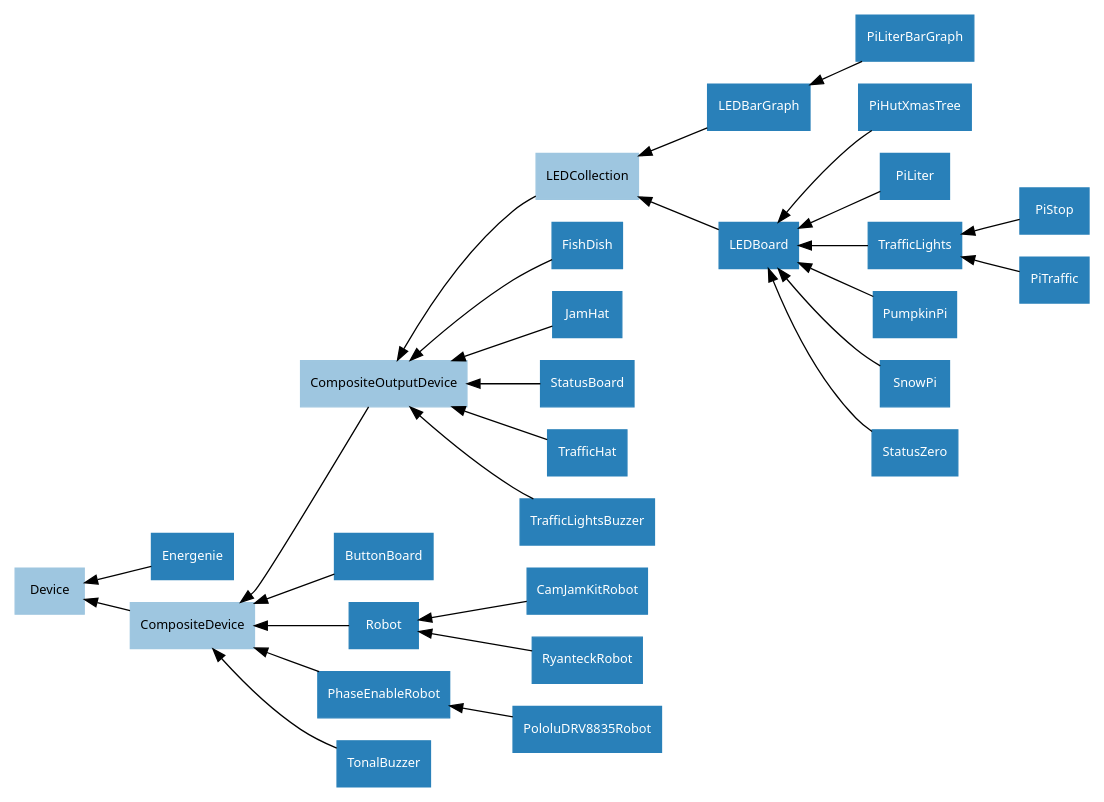
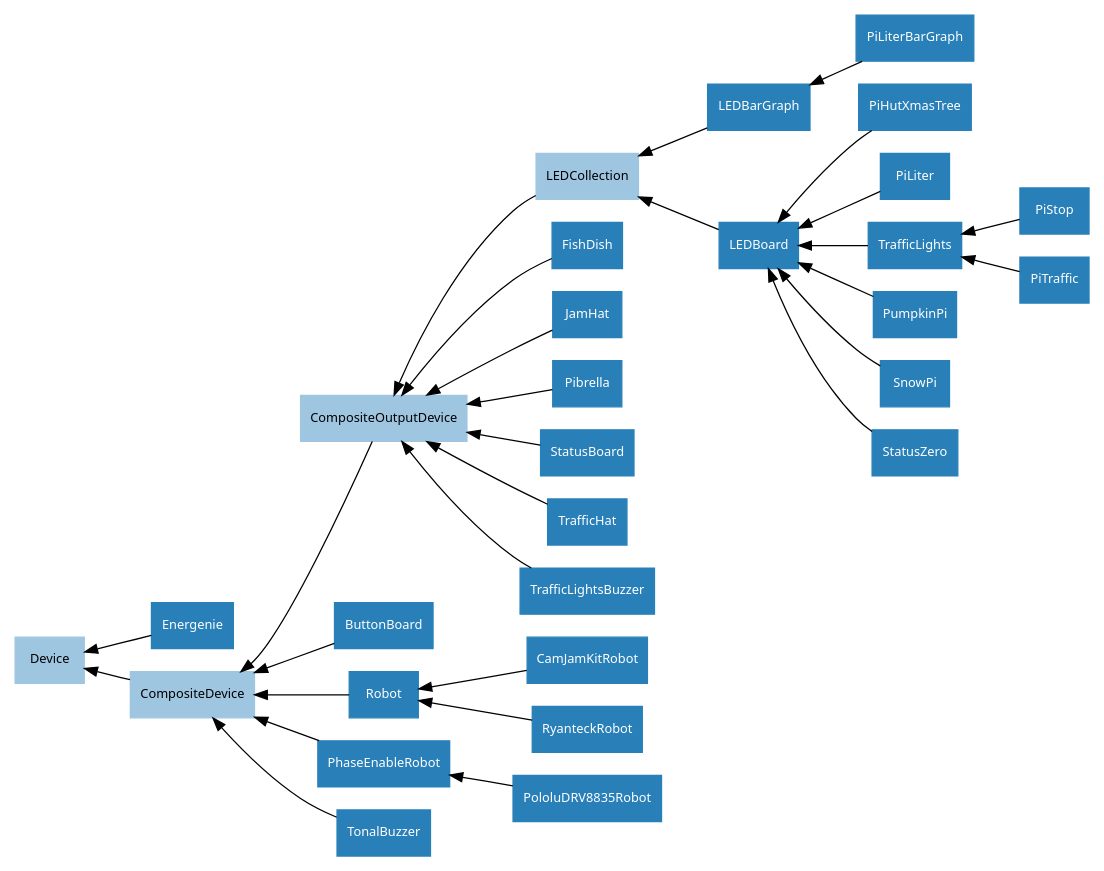
One commit to gpiozero/gpiozero changed the diagram in docs/images/composite_device_hierarchy.dot. Above: the diagram before and after it, drawn with Graphviz. The commit also changed 10 other files, not shown here.

```diff
--- a/docs/images/composite_device_hierarchy.dot
+++ b/docs/images/composite_device_hierarchy.dot
@@ -1,49 +1,50 @@
 digraph classes {
     graph [rankdir=RL];
     node [shape=rect, style=filled, fontname=Sans, fontsize=10];
     edge [];
 
     /* Mixin classes */
     node [color="#c69ee0", fontcolor="#000000"]
 
     
 
     /* Abstract classes */
     node [color="#9ec6e0", fontcolor="#000000"]
 
     CompositeDevice;
     CompositeOutputDevice;
     Device;
     LEDCollection;
 
     /* Concrete classes */
     node [color="#2980b9", fontcolor="#ffffff"];
 
     ButtonBoard->CompositeDevice;
     CamJamKitRobot->Robot;
     CompositeDevice->Device;
     CompositeOutputDevice->CompositeDevice;
     Energenie->Device;
     FishDish->CompositeOutputDevice;
     JamHat->CompositeOutputDevice;
     LEDBarGraph->LEDCollection;
     LEDBoard->LEDCollection;
     LEDCollection->CompositeOutputDevice;
     PhaseEnableRobot->CompositeDevice;
     PiHutXmasTree->LEDBoard;
     PiLiter->LEDBoard;
     PiLiterBarGraph->LEDBarGraph;
     PiStop->TrafficLights;
     PiTraffic->TrafficLights;
+    Pibrella->CompositeOutputDevice;
     PololuDRV8835Robot->PhaseEnableRobot;
     PumpkinPi->LEDBoard;
     Robot->CompositeDevice;
     RyanteckRobot->Robot;
     SnowPi->LEDBoard;
     StatusBoard->CompositeOutputDevice;
     StatusZero->LEDBoard;
     TonalBuzzer->CompositeDevice;
     TrafficHat->CompositeOutputDevice;
     TrafficLights->LEDBoard;
     TrafficLightsBuzzer->CompositeOutputDevice;
 }
```
